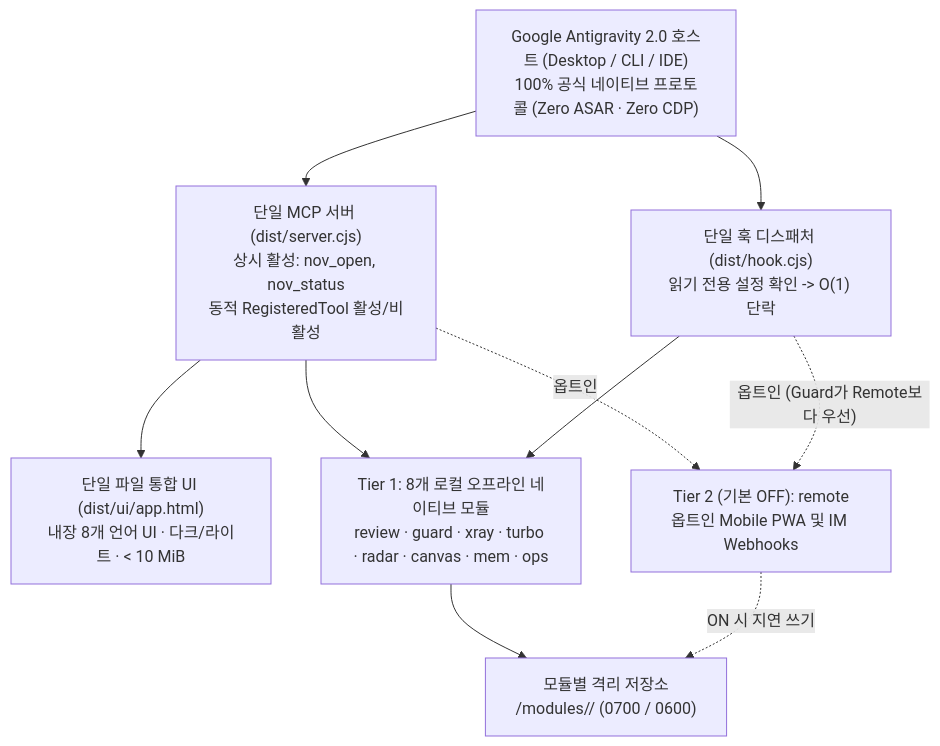
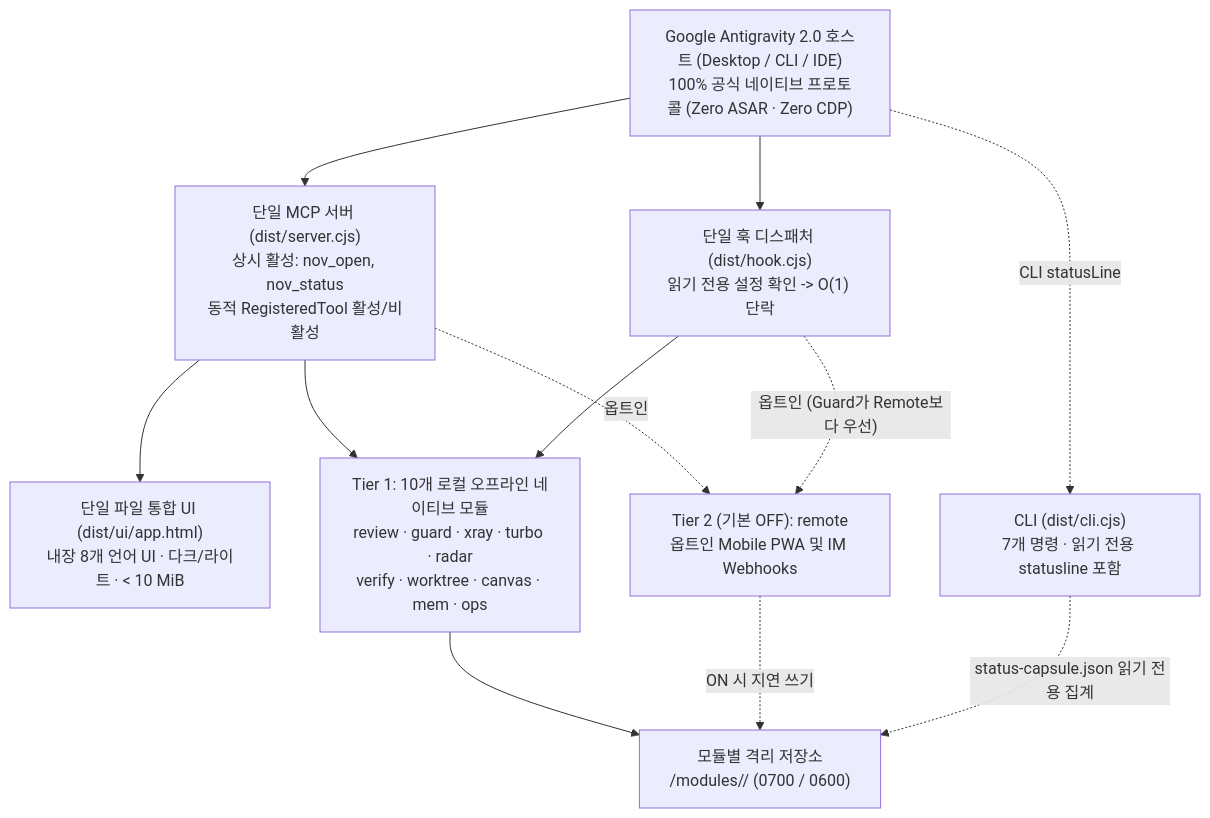
One commit to tone-leh/agy-NOV changed the diagram in docs/i18n/README.ko.md. Above: the diagram before and after it, drawn with Mermaid. The commit also changed other lines of this file and 60 other files, not shown here.

Commit message:
feat(v0.3.0): Verify Gate Stop-hook, Git Worktree Orchestrator, Swarm Lineage telemetry & CLI statusline

````diff
--- a/docs/i18n/README.ko.md
+++ b/docs/i18n/README.ko.md
@@ -188,20 +192,23 @@
 ```mermaid
 flowchart TB
   Host["Google Antigravity 2.0 호스트 (Desktop / CLI / IDE)\n100% 공식 네이티브 프로토콜 (Zero ASAR · Zero CDP)"]
   MCP["단일 MCP 서버 (dist/server.cjs)\n상시 활성: nov_open, nov_status\n동적 RegisteredTool 활성/비활성"]
   UI["단일 파일 통합 UI (dist/ui/app.html)\n내장 8개 언어 UI · 다크/라이트 · < 10 MiB"]
   Hook["단일 훅 디스패처 (dist/hook.cjs)\n읽기 전용 설정 확인 -> O(1) 단락"]
+  CLI["CLI (dist/cli.cjs)\n7개 명령 · 읽기 전용 statusline 포함"]
   Store["모듈별 격리 저장소\n<dataDir>/modules/<id>/ (0700 / 0600)"]
-  T1["Tier 1: 8개 로컬 오프라인 네이티브 모듈\nreview · guard · xray · turbo · radar · canvas · mem · ops"]
+  T1["Tier 1: 10개 로컬 오프라인 네이티브 모듈\nreview · guard · xray · turbo · radar\nverify · worktree · canvas · mem · ops"]
   T2R["Tier 2 (기본 OFF): remote\n옵트인 Mobile PWA 및 IM Webhooks"]
 
   Host --> MCP
   Host --> Hook
+  Host -. "CLI statusLine" .-> CLI
   MCP --> UI
   MCP --> T1
   MCP -. "옵트인" .-> T2R
   Hook --> T1
   Hook -. "옵트인 (Guard가 Remote보다 우선)" .-> T2R
   T1 --> Store
   T2R -. "ON 시 지연 쓰기" .-> Store
+  CLI -. "status-capsule.json 읽기 전용 집계" .-> Store
 ```
````
